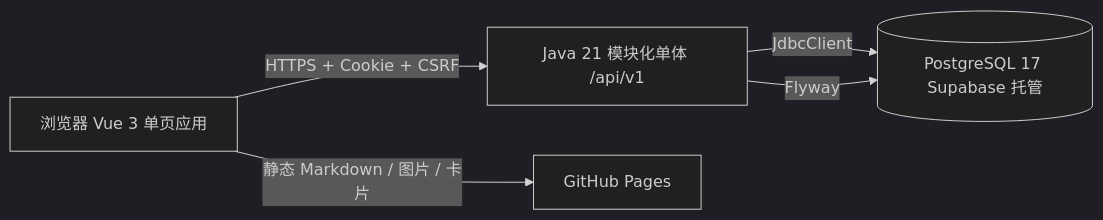
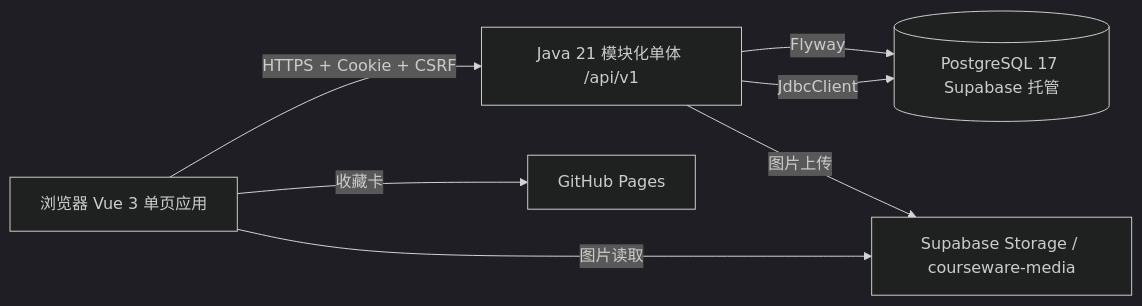
One commit to by-be-young/tutor-base changed the diagram in README.md. Above: the diagram before and after it, drawn with Mermaid (dark theme). The commit also changed other lines of this file and 468 other files, not shown here.

First line of the commit message:
feat(courseware): 下线静态课件并支持编辑器插图上传

````diff
--- a/README.md
+++ b/README.md
@@ -50,7 +50,9 @@
 ```mermaid
 flowchart LR
   B[浏览器 Vue 3 单页应用] -->|HTTPS + Cookie + CSRF| A[Java 21 模块化单体 /api/v1]
   A -->|JdbcClient| P[(PostgreSQL 17 Supabase 托管)]
-  B -->|静态 Markdown / 图片 / 卡片| G[GitHub Pages]
+  B -->|图片读取| S[Supabase Storage / courseware-media]
+  A -->|图片上传| S
+  B -->|收藏卡| G[GitHub Pages]
   A -->|Flyway| P
 ```
````
